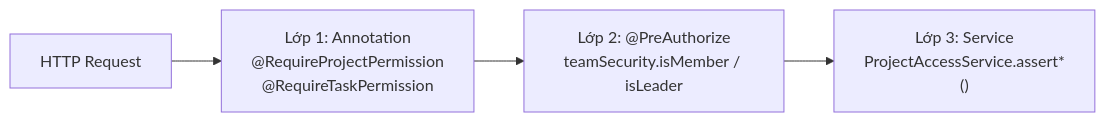
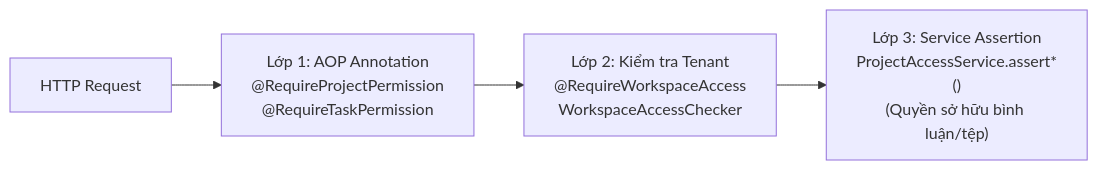
Before and after one commit to Hecker-Chuoi/DATN-2026: the eighth of 11 diagrams in formal_doc/02_NGHIEP_VU_PROJECT.md, drawn with Mermaid. The commit also changed other lines of this file and 60 other files, not shown here.

````diff
--- a/formal_doc/02_NGHIEP_VU_PROJECT.md
+++ b/formal_doc/02_NGHIEP_VU_PROJECT.md
@@ -301,6 +289,6 @@
 ```mermaid
 flowchart LR
-    R["HTTP Request"] --> L1["Lớp 1: Annotation<br/>@RequireProjectPermission<br/>@RequireTaskPermission"]
-    L1 --> L2["Lớp 2: @PreAuthorize<br/>teamSecurity.isMember / isLeader"]
-    L2 --> L3["Lớp 3: Service<br/>ProjectAccessService.assert*()"]
+    R["HTTP Request"] --> L1["Lớp 1: AOP Annotation<br/>@RequireProjectPermission<br/>@RequireTaskPermission"]
+    L1 --> L2["Lớp 2: Kiểm tra Tenant<br/>@RequireWorkspaceAccess<br/>WorkspaceAccessChecker"]
+    L2 --> L3["Lớp 3: Service Assertion<br/>ProjectAccessService.assert*()<br/>(Quyền sở hữu bình luận/tệp)"]
 ```
````
